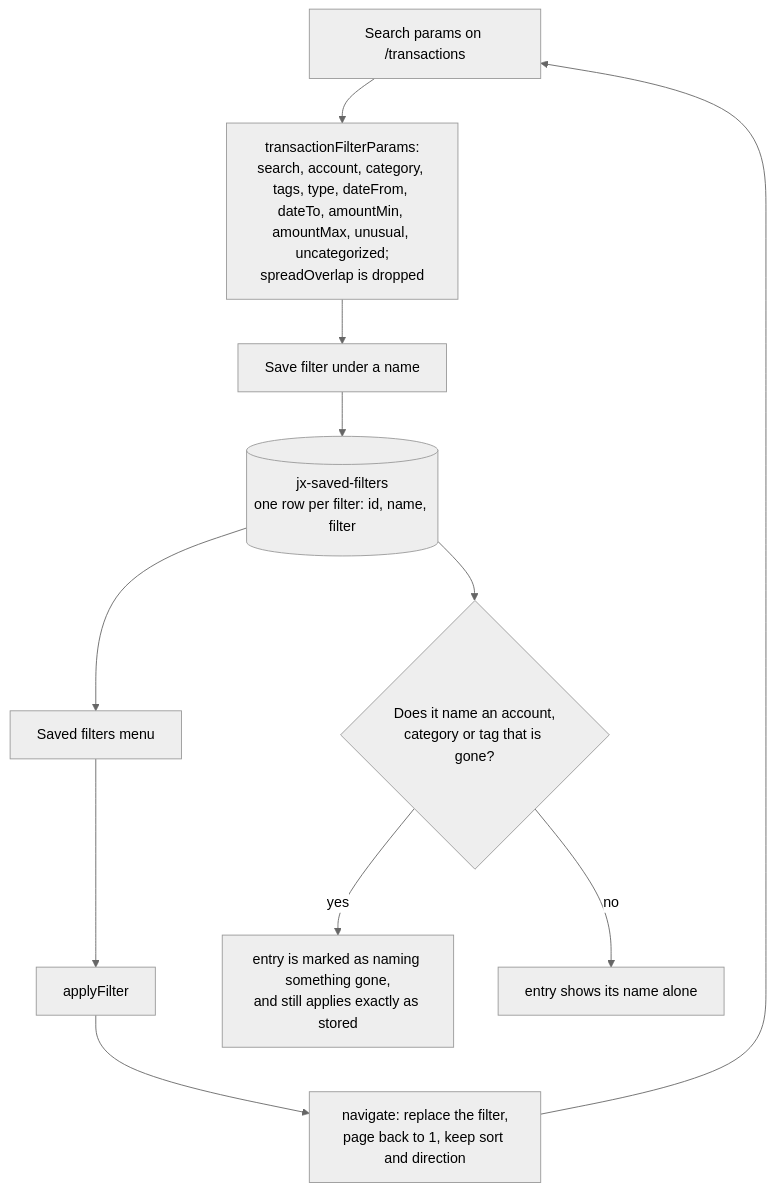
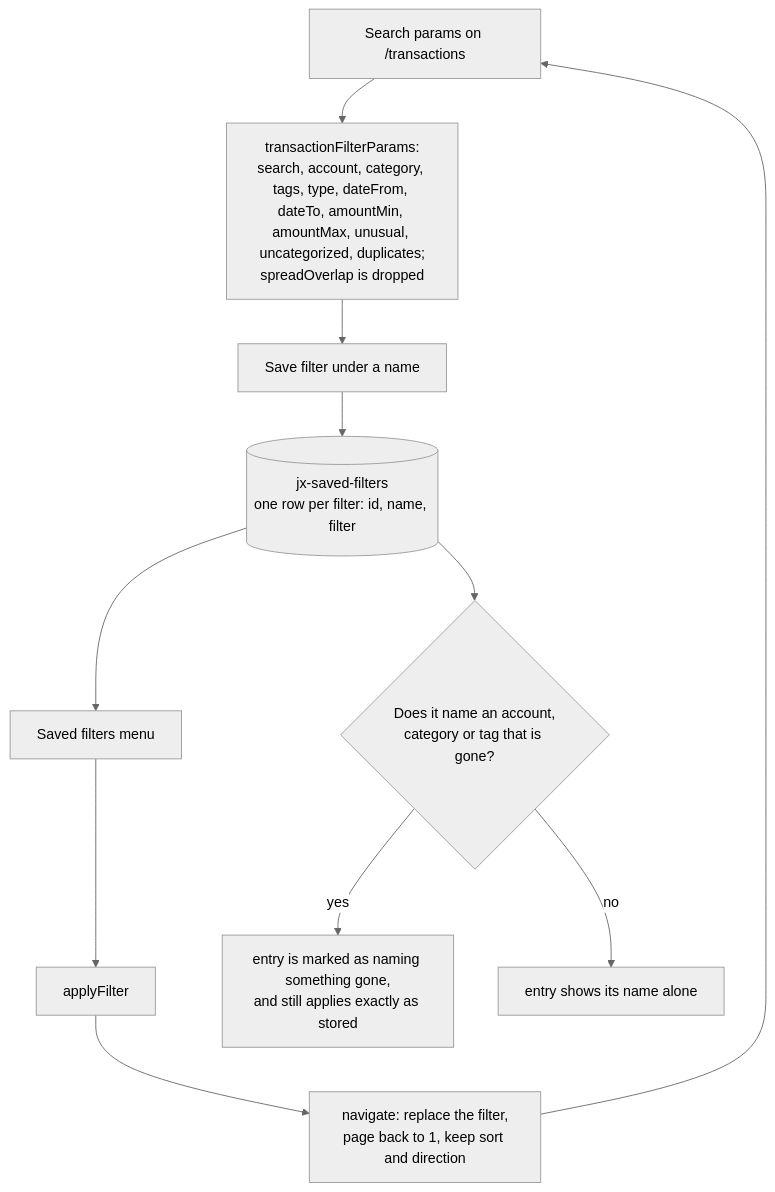
Before and after one commit to Justxs/Jx-Finance: the fourth of 5 diagrams in docs/features/transactions.md, drawn with Mermaid (neutral theme). The commit also changed other lines of this file and 66 other files, not shown here.

Commit message:
feat(transactions): flag possible duplicates in the ledger and the month-end close

````diff
--- a/docs/features/transactions.md
+++ b/docs/features/transactions.md
@@ -196,13 +216,13 @@
 ```mermaid
 flowchart TD
-    Url["Search params on /transactions"] --> Part["transactionFilterParams:<br/>search, account, category, tags, type, dateFrom, dateTo, amountMin, amountMax, unusual, uncategorized;<br/>spreadOverlap is dropped"]
+    Url["Search params on /transactions"] --> Part["transactionFilterParams:<br/>search, account, category, tags, type, dateFrom, dateTo, amountMin, amountMax, unusual, uncategorized, duplicates;<br/>spreadOverlap is dropped"]
     Part --> Save["Save filter under a name"]
     Save --> Store[("jx-saved-filters<br/>one row per filter: id, name, filter")]
     Store --> List["Saved filters menu"]
     List --> Apply["applyFilter"]
     Apply --> Nav["navigate: replace the filter,<br/>page back to 1, keep sort and direction"]
     Nav --> Url
     Store --> Check{"Does it name an account,<br/>category or tag that is gone?"}
     Check -->|"yes"| Mark["entry is marked as naming something gone,<br/>and still applies exactly as stored"]
     Check -->|"no"| Plain["entry shows its name alone"]
 ```
````
